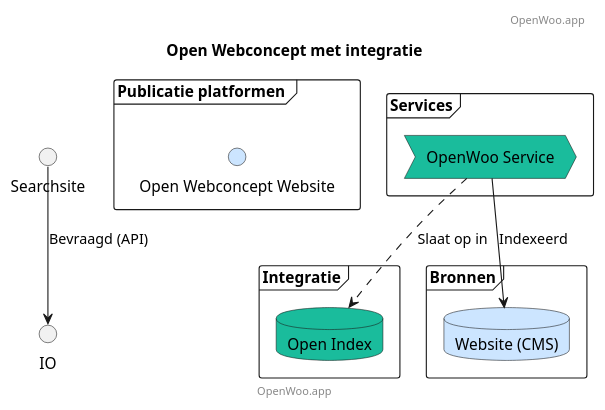
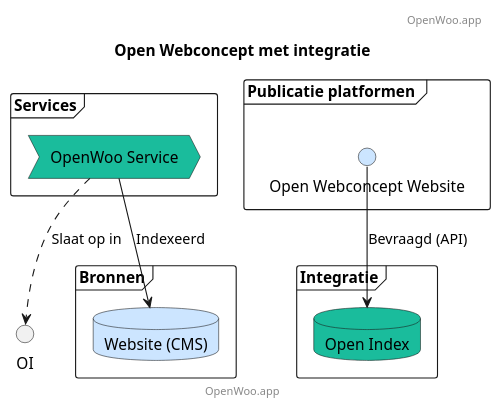
The diagram in docs/OpenWebConceptMet.puml (ConductionNL/woo-website-template), drawn with PlantUML before and after one commit. The commit also changed 7 other files, not shown here.

Commit message:
Update op de architectuur plaat

```diff
--- a/docs/OpenWebConceptMet.puml
+++ b/docs/OpenWebConceptMet.puml
@@ -1,31 +1,31 @@
 @startuml
 title Open Webconcept met integratie
 footer: OpenWoo.app
 header: OpenWoo.app
 
 ' Publicatie platformen (Laag 5 UI)
 frame "Publicatie platformen " {
     interface "Open Webconcept Website" as Website #cce5ff
 }
 
 ' Services(Laag 4)
 frame "Services" {
     process "OpenWoo Service"  as OWS #1abc9c
 }
 
 ' Integratie (Laag 3)
 frame "Integratie" {
-    database "Open Index"  as OI #1abc9c
+    database "Open Index"  as IO #1abc9c
 }
 
 ' Bronnen (Laag 2)
 frame "Bronnen" {
     database "Website (CMS)" as CMS #cce5ff
 }
 
 OWS -down-> CMS: Indexeerd
 OWS ..> OI: Slaat op in
 
-Searchsite -down-> IO : Bevraagd (API)
+Website -down-> IO : Bevraagd (API)
 
 @enduml
```
